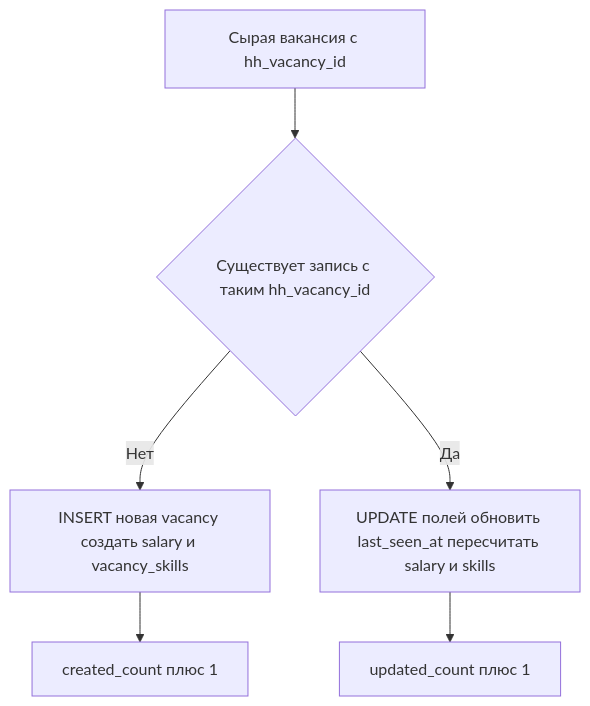
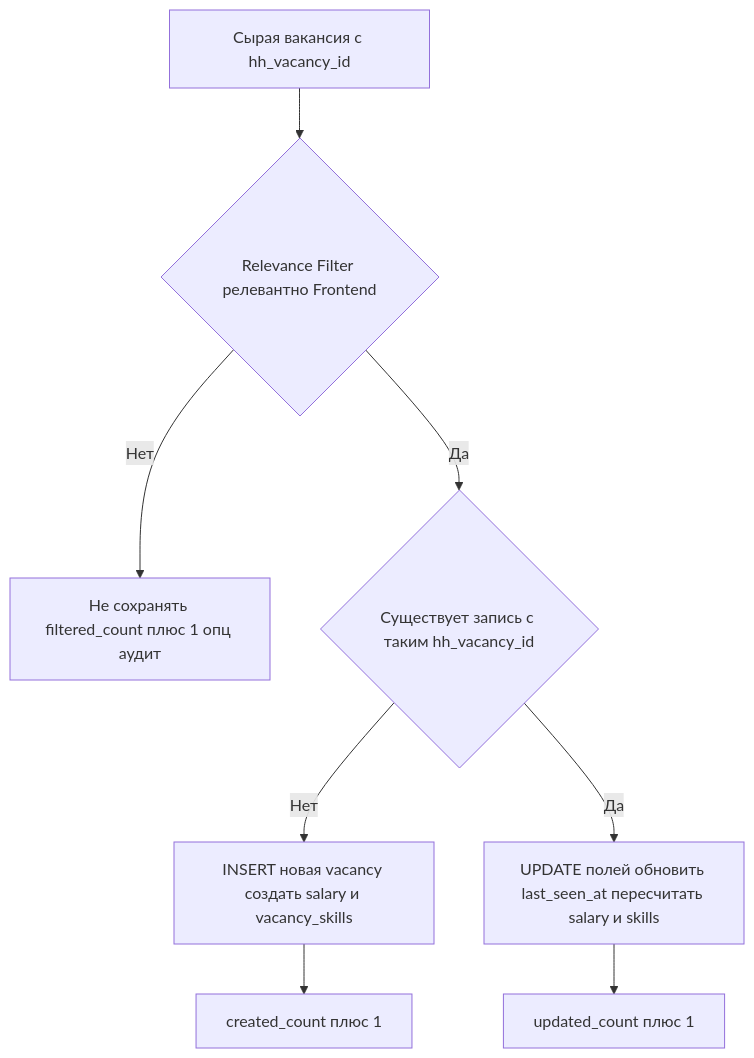
The second of 2 diagrams in docs/03-data-model.md (kemberl1/hh_analyser), drawn with Mermaid before and after one commit. The commit also changed other lines of this file and 7 other files, not shown here.

````diff
--- a/docs/03-data-model.md
+++ b/docs/03-data-model.md
@@ -280,8 +345,10 @@
 ```mermaid
 flowchart TB
-    IN[Сырая вакансия с hh_vacancy_id] --> Q{Существует запись с таким hh_vacancy_id}
+    IN[Сырая вакансия с hh_vacancy_id] --> RF{Relevance Filter релевантно Frontend}
+    RF -- Нет --> SKIP[Не сохранять filtered_count плюс 1 опц аудит]
+    RF -- Да --> Q{Существует запись с таким hh_vacancy_id}
     Q -- Нет --> CR[INSERT новая vacancy создать salary и vacancy_skills]
     Q -- Да --> UP[UPDATE полей обновить last_seen_at пересчитать salary и skills]
     CR --> CNT[created_count плюс 1]
     UP --> CNT2[updated_count плюс 1]
 ```
````
